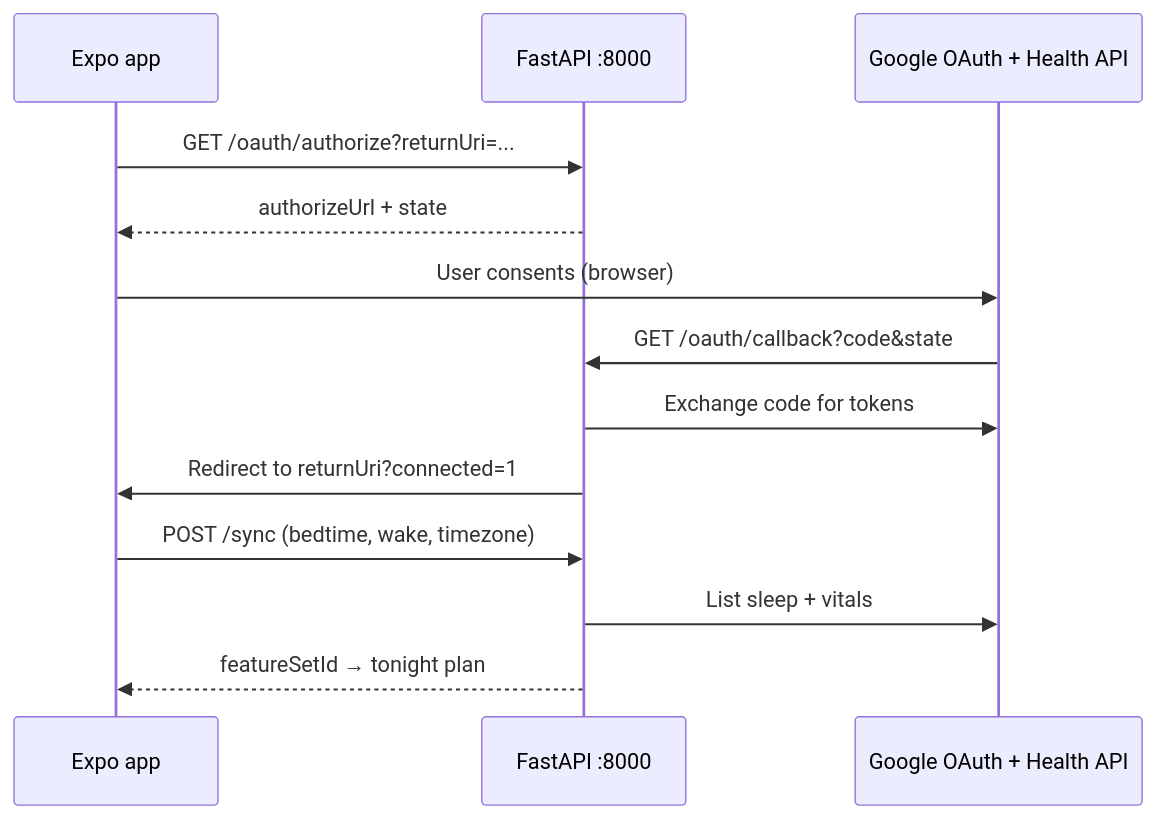
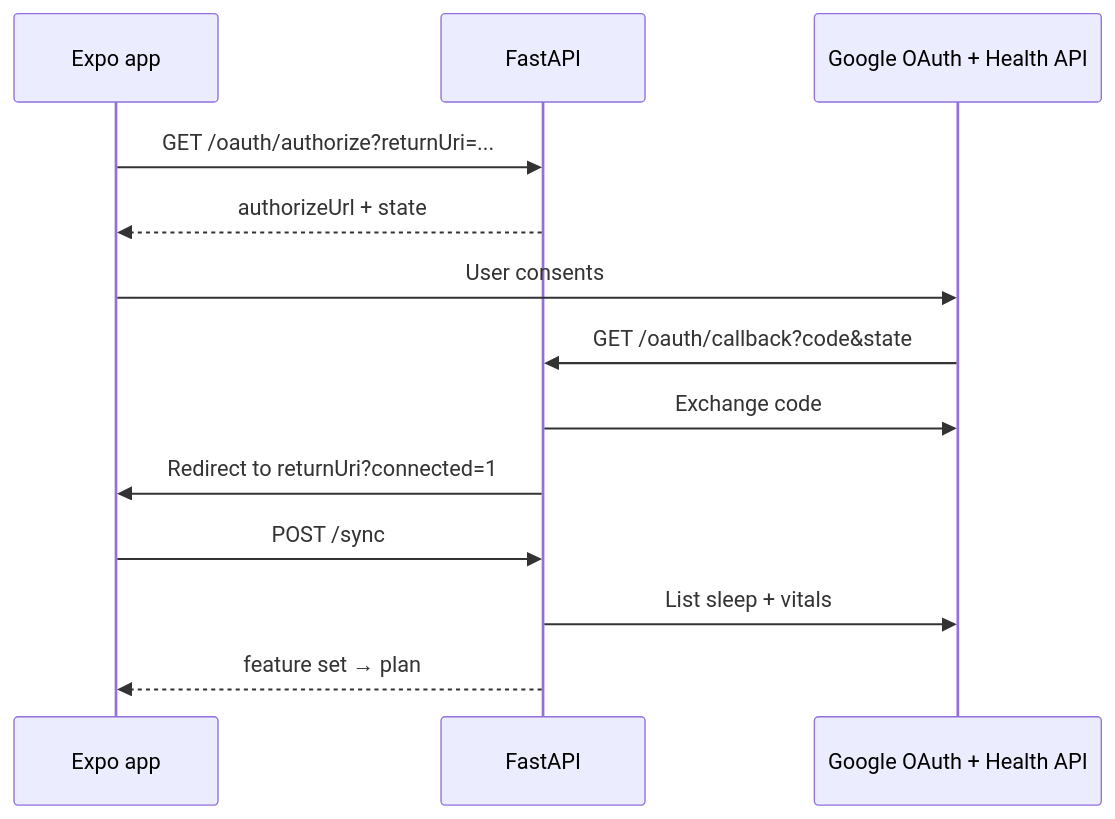
Before and after one commit to phuhduong/sleepsync: the diagram in docs/GOOGLE_HEALTH.md, drawn with Mermaid. The commit also changed other lines of this file and 208 other files, not shown here.

Commit message:
Refactor SleepSync with SQLAlchemy backend, restructured mobile app, BLE patch support, and consolidated docs

````diff
--- a/docs/GOOGLE_HEALTH.md
+++ b/docs/GOOGLE_HEALTH.md
@@ -9,16 +9,16 @@
 ```mermaid
 sequenceDiagram
   participant App as Expo app
-  participant API as FastAPI :8000
+  participant API as FastAPI
   participant Google as Google OAuth + Health API
 
   App->>API: GET /oauth/authorize?returnUri=...
   API-->>App: authorizeUrl + state
-  App->>Google: User consents (browser)
+  App->>Google: User consents
   Google->>API: GET /oauth/callback?code&state
-  API->>Google: Exchange code for tokens
+  API->>Google: Exchange code
   API->>App: Redirect to returnUri?connected=1
-  App->>API: POST /sync (bedtime, wake, timezone)
+  App->>API: POST /sync
   API->>Google: List sleep + vitals
-  API-->>App: featureSetId → tonight plan
+  API-->>App: feature set → plan
 ```
````
